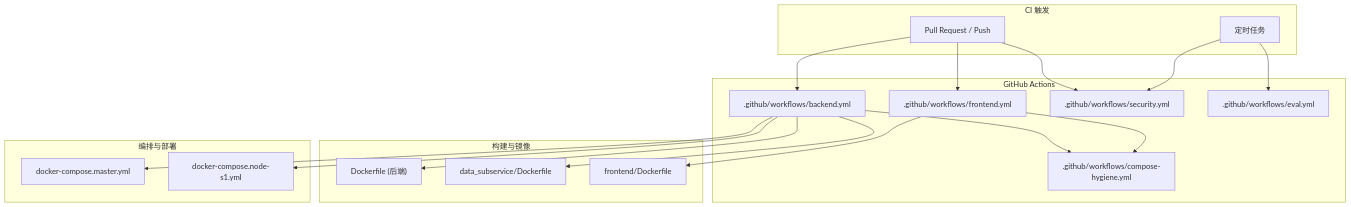
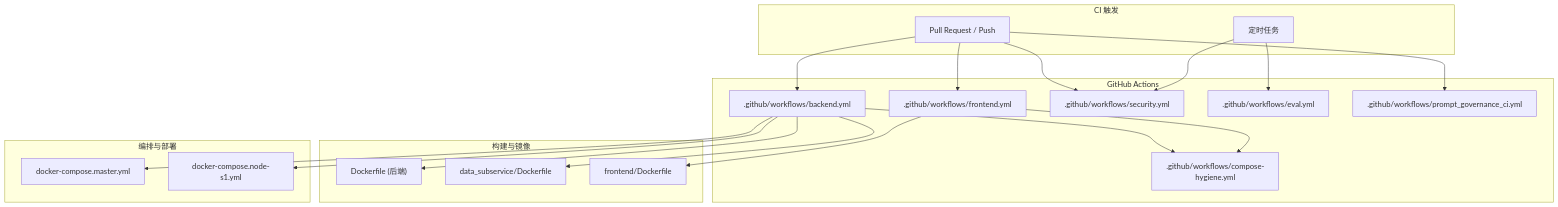
Before and after one commit to songlinhe5-lab/quant_agent: the first of 8 diagrams in .qoder/repowiki/zh/content/测试与质量保证/持续集成流程.md, drawn with Mermaid. The commit also changed other lines of this file and 294 other files, not shown here.

````diff
--- a/.qoder/repowiki/zh/content/测试与质量保证/持续集成流程.md
+++ b/.qoder/repowiki/zh/content/测试与质量保证/持续集成流程.md
@@ -42,35 +53,37 @@
 ```mermaid
 graph TB
 subgraph "CI 触发"
 PR["Pull Request / Push"]
 Schedule["定时任务"]
 end
 subgraph "GitHub Actions"
 BE[".github/workflows/backend.yml"]
 FE[".github/workflows/frontend.yml"]
 SEC[".github/workflows/security.yml"]
 EVAL[".github/workflows/eval.yml"]
 CHY[".github/workflows/compose-hygiene.yml"]
+PG[".github/workflows/prompt_governance_ci.yml"]
 end
 subgraph "构建与镜像"
 D1["Dockerfile (后端)"]
 D2["data_subservice/Dockerfile"]
 D3["frontend/Dockerfile"]
 end
 subgraph "编排与部署"
 C1["docker-compose.master.yml"]
 C2["docker-compose.node-s1.yml"]
 end
 PR --> BE
 PR --> FE
 PR --> SEC
+PR --> PG
 Schedule --> SEC
 Schedule --> EVAL
 BE --> CHY
 FE --> CHY
 BE --> D1
 BE --> D2
 FE --> D3
 BE --> C1
 BE --> C2
 ```
````
